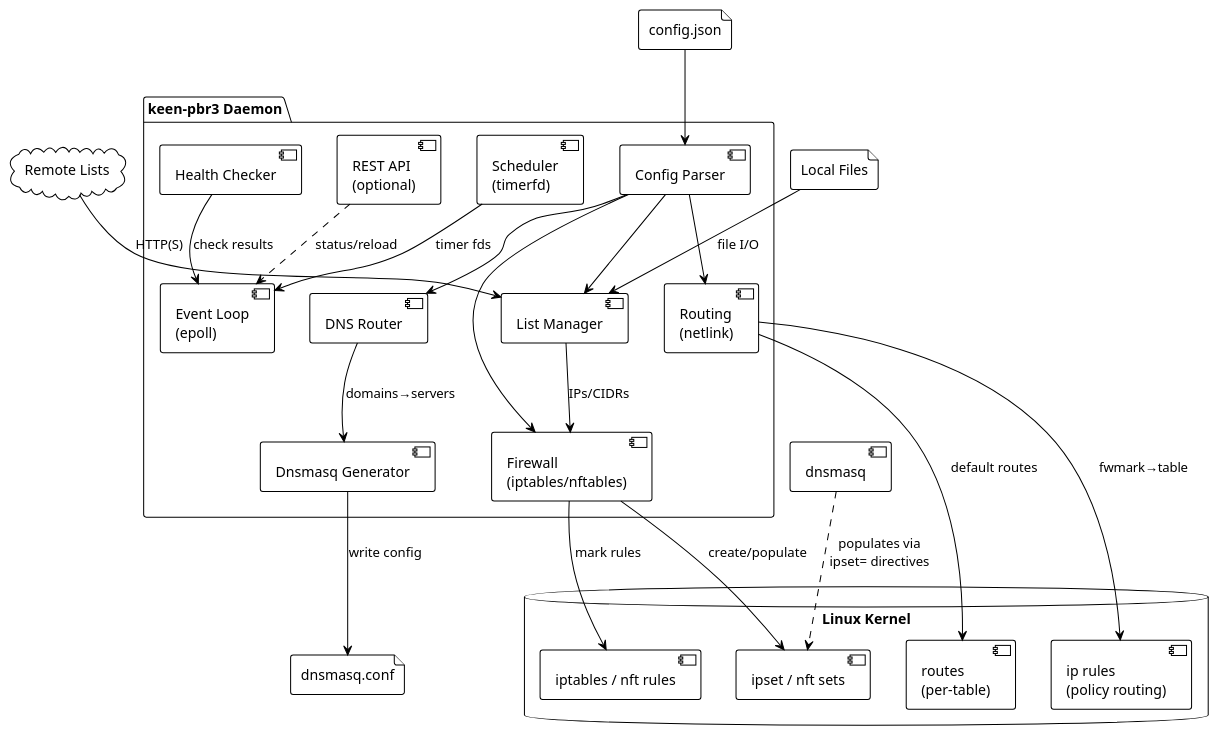
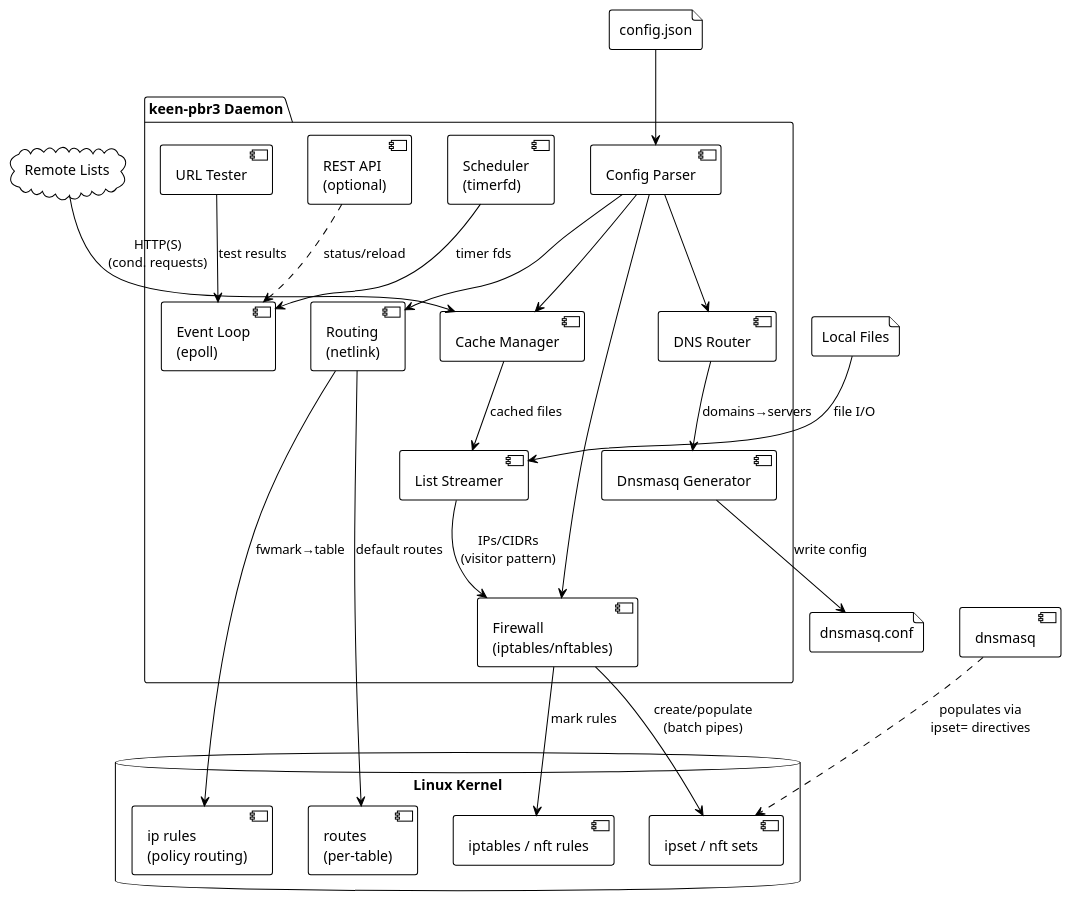
Before and after one commit to maksimkurb/keen-pbr: the first of 16 diagrams in STATE.md, drawn with PlantUML. The commit also changed other lines of this file and 5 other files, not shown here.

````diff
--- a/STATE.md
+++ b/STATE.md
@@ -45,57 +48,59 @@
 ```plantuml
 @startuml overview
 !theme plain
 skinparam backgroundColor white
 
 package "keen-pbr3 Daemon" {
   [Config Parser] as config
-  [List Manager] as lists
+  [Cache Manager] as cache
+  [List Streamer] as lists
   [Firewall\n(iptables/nftables)] as fw
   [Routing\n(netlink)] as routing
-  [Health Checker] as health
+  [URL Tester] as health
   [DNS Router] as dns
   [Dnsmasq Generator] as dnsmasq
   [Event Loop\n(epoll)] as daemon
   [Scheduler\n(timerfd)] as scheduler
   [REST API\n(optional)] as api
 }
 
 cloud "Remote Lists" as remote
 file "Local Files" as local
 file "config.json" as configfile
 file "dnsmasq.conf" as dnsmasqfile
 
 database "Linux Kernel" {
   [ipset / nft sets] as ipsets
   [iptables / nft rules] as rules
   [ip rules\n(policy routing)] as iprules
   [routes\n(per-table)] as routes
 }
 
 component "dnsmasq" as dnsmasq_proc
 
 configfile --> config
-config --> lists
+config --> cache
 config --> fw
 config --> routing
 config --> dns
 
-remote --> lists : HTTP(S)
+remote --> cache : HTTP(S)\n(cond. requests)
 local --> lists : file I/O
+cache --> lists : cached files
 
-lists --> fw : IPs/CIDRs
-fw --> ipsets : create/populate
+lists --> fw : IPs/CIDRs\n(visitor pattern)
+fw --> ipsets : create/populate\n(batch pipes)
 fw --> rules : mark rules
 
 routing --> iprules : fwmark→table
 routing --> routes : default routes
 
 dns --> dnsmasq : domains→servers
 dnsmasq --> dnsmasqfile : write config
 dnsmasq_proc ..> ipsets : populates via\nipset= directives
 
-health --> daemon : check results
+health --> daemon : test results
 scheduler --> daemon : timer fds
 api ..> daemon : status/reload
 @enduml
 ```
````
